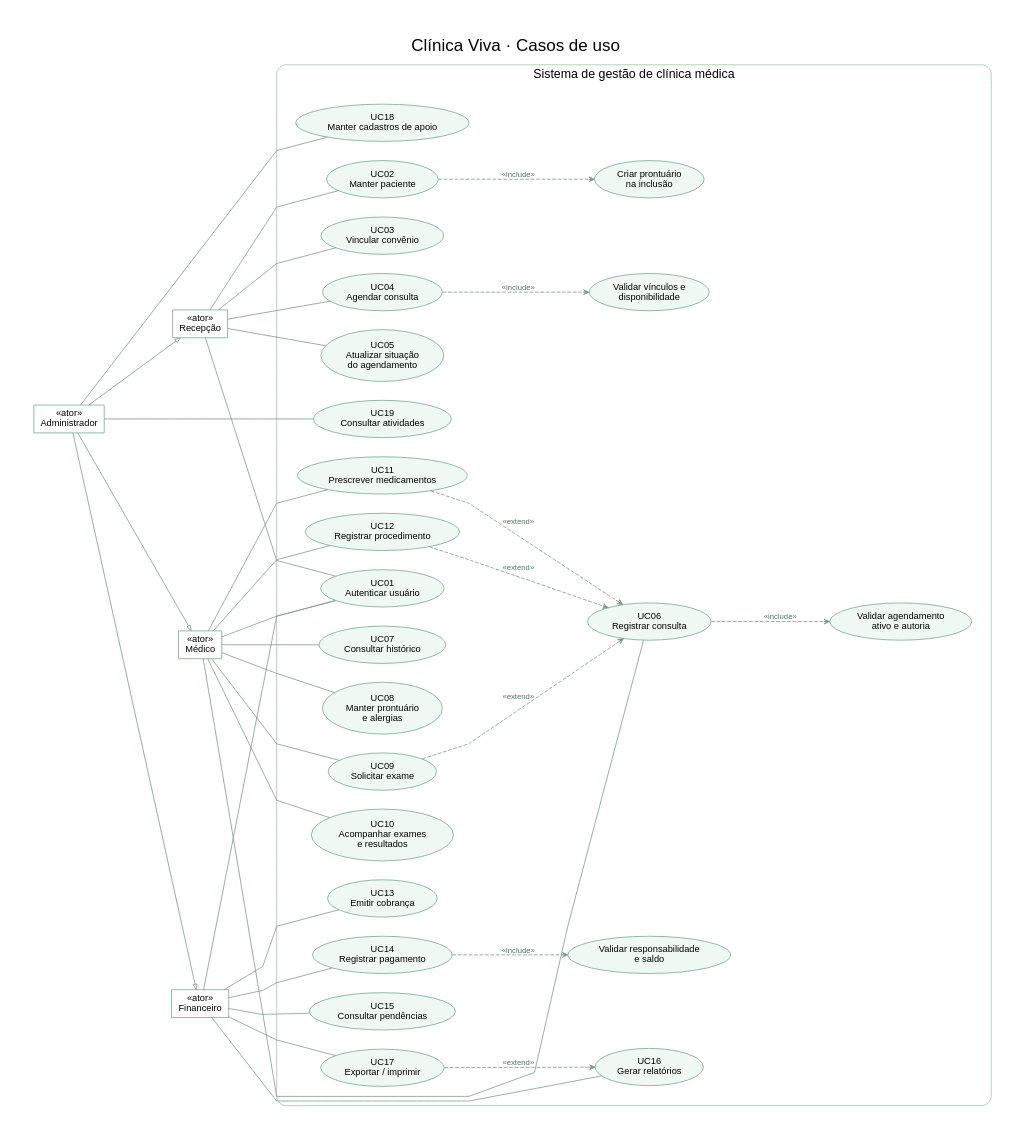
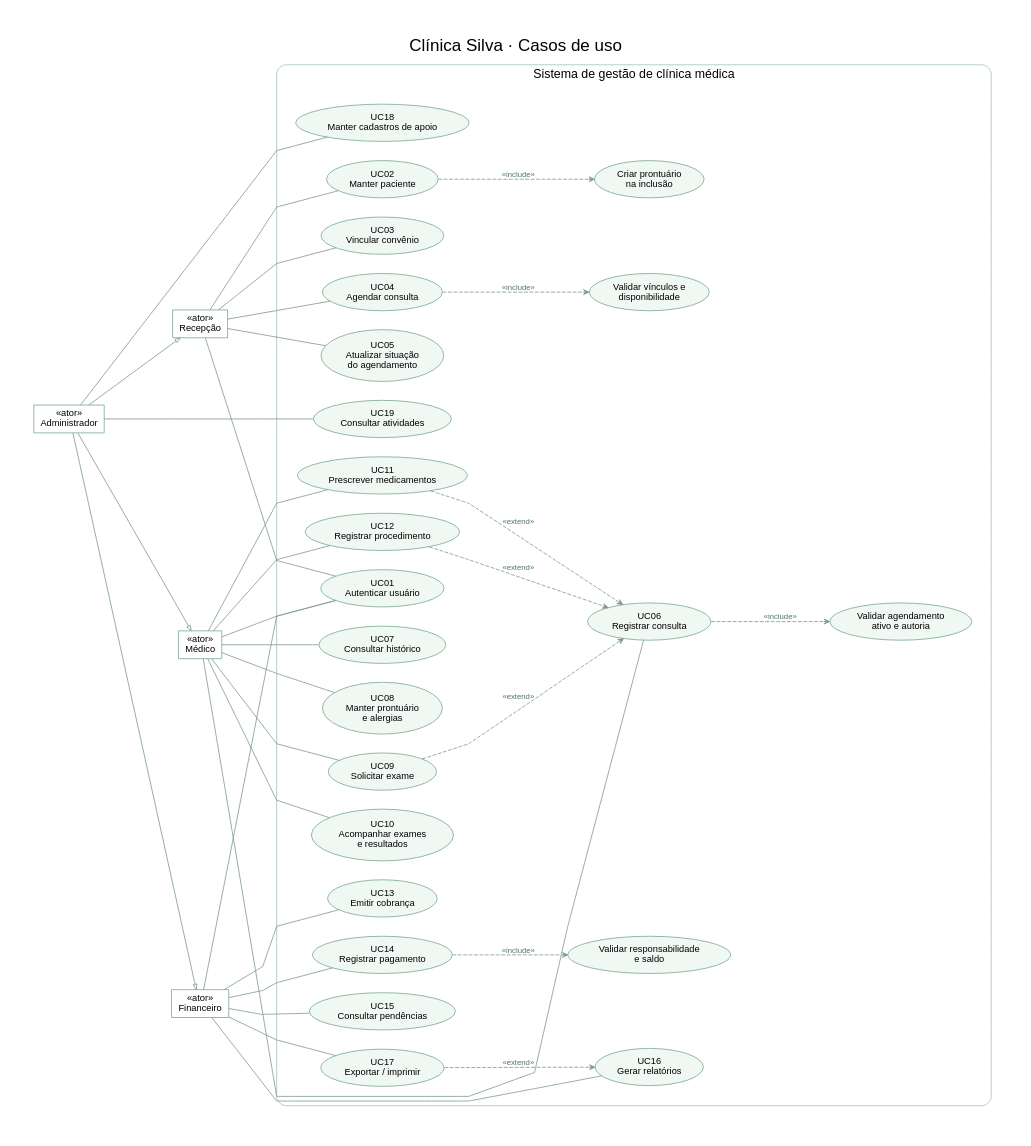
One commit to Ygxxrr/clinica-viva-aps changed the diagram in docs/casos-de-uso.dot. Above: the diagram before and after it, drawn with Graphviz. The commit also changed 32 other files, not shown here.

Commit message:
Renomeia a marca para Clínica Silva no sistema e na documentação

```diff
--- a/docs/casos-de-uso.dot
+++ b/docs/casos-de-uso.dot
@@ -1,66 +1,66 @@
 digraph G {
-graph [rankdir=LR, bgcolor="white", pad=0.5, nodesep=0.35, ranksep=1.2, splines=polyline, fontname="Arial", fontsize=22, label="Clínica Viva · Casos de uso", labelloc=t];
+graph [rankdir=LR, bgcolor="white", pad=0.5, nodesep=0.35, ranksep=1.2, splines=polyline, fontname="Arial", fontsize=22, label="Clínica Silva · Casos de uso", labelloc=t];
 node [fontname="Arial", fontsize=12, color="#75A68E", style=filled, fillcolor="#F0F8F3"];
 edge [fontname="Arial", fontsize=10, color="#789787", fontcolor="#4E7860", arrowsize=0.7];
 Reception [shape=box, fillcolor="#FFFFFF", label="«ator»\nRecepção"];
 Doctor [shape=box, fillcolor="#FFFFFF", label="«ator»\nMédico"];
 Finance [shape=box, fillcolor="#FFFFFF", label="«ator»\nFinanceiro"];
 Admin [shape=box, fillcolor="#FFFFFF", label="«ator»\nAdministrador"];
 subgraph cluster_system { label="Sistema de gestão de clínica médica"; fontname="Arial"; fontsize=16; color="#A0C2AC"; style=rounded; margin=25;
 Login [shape=ellipse, label="UC01\nAutenticar usuário"];
 Patient [shape=ellipse, label="UC02\nManter paciente"];
 Record [shape=ellipse, label="Criar prontuário\nna inclusão"];
 Insurance [shape=ellipse, label="UC03\nVincular convênio"];
 Schedule [shape=ellipse, label="UC04\nAgendar consulta"];
 Availability [shape=ellipse, label="Validar vínculos e\ndisponibilidade"];
 Status [shape=ellipse, label="UC05\nAtualizar situação\ndo agendamento"];
 Attend [shape=ellipse, label="UC06\nRegistrar consulta"];
 Active [shape=ellipse, label="Validar agendamento\nativo e autoria"];
 History [shape=ellipse, label="UC07\nConsultar histórico"];
 Allergy [shape=ellipse, label="UC08\nManter prontuário\ne alergias"];
 Exam [shape=ellipse, label="UC09\nSolicitar exame"];
 Result [shape=ellipse, label="UC10\nAcompanhar exames\ne resultados"];
 Prescription [shape=ellipse, label="UC11\nPrescrever medicamentos"];
 Procedure [shape=ellipse, label="UC12\nRegistrar procedimento"];
 Charge [shape=ellipse, label="UC13\nEmitir cobrança"];
 Payment [shape=ellipse, label="UC14\nRegistrar pagamento"];
 Balance [shape=ellipse, label="Validar responsabilidade\ne saldo"];
 Pending [shape=ellipse, label="UC15\nConsultar pendências"];
 Reports [shape=ellipse, label="UC16\nGerar relatórios"];
 Export [shape=ellipse, label="UC17\nExportar / imprimir"];
 Catalog [shape=ellipse, label="UC18\nManter cadastros de apoio"];
 Audit [shape=ellipse, label="UC19\nConsultar atividades"];
 }
 Reception -> Login [dir=none];
 Doctor -> Login [dir=none];
 Finance -> Login [dir=none];
 Reception -> Patient [dir=none];
 Reception -> Insurance [dir=none];
 Reception -> Schedule [dir=none];
 Reception -> Status [dir=none];
 Doctor -> Attend [dir=none];
 Doctor -> History [dir=none];
 Doctor -> Allergy [dir=none];
 Doctor -> Exam [dir=none];
 Doctor -> Result [dir=none];
 Doctor -> Prescription [dir=none];
 Doctor -> Procedure [dir=none];
 Finance -> Charge [dir=none];
 Finance -> Payment [dir=none];
 Finance -> Pending [dir=none];
 Finance -> Reports [dir=none];
 Finance -> Export [dir=none];
 Admin -> Catalog [dir=none];
 Admin -> Audit [dir=none];
 Admin -> Reception [arrowhead=empty];
 Admin -> Doctor [arrowhead=empty];
 Admin -> Finance [arrowhead=empty];
 Patient -> Record [style=dashed, label="«include»", arrowhead=vee];
 Schedule -> Availability [style=dashed, label="«include»", arrowhead=vee];
 Attend -> Active [style=dashed, label="«include»", arrowhead=vee];
 Exam -> Attend [style=dashed, label="«extend»", arrowhead=vee];
 Prescription -> Attend [style=dashed, label="«extend»", arrowhead=vee];
 Procedure -> Attend [style=dashed, label="«extend»", arrowhead=vee];
 Payment -> Balance [style=dashed, label="«include»", arrowhead=vee];
 Export -> Reports [style=dashed, label="«extend»", arrowhead=vee];
 }
```
